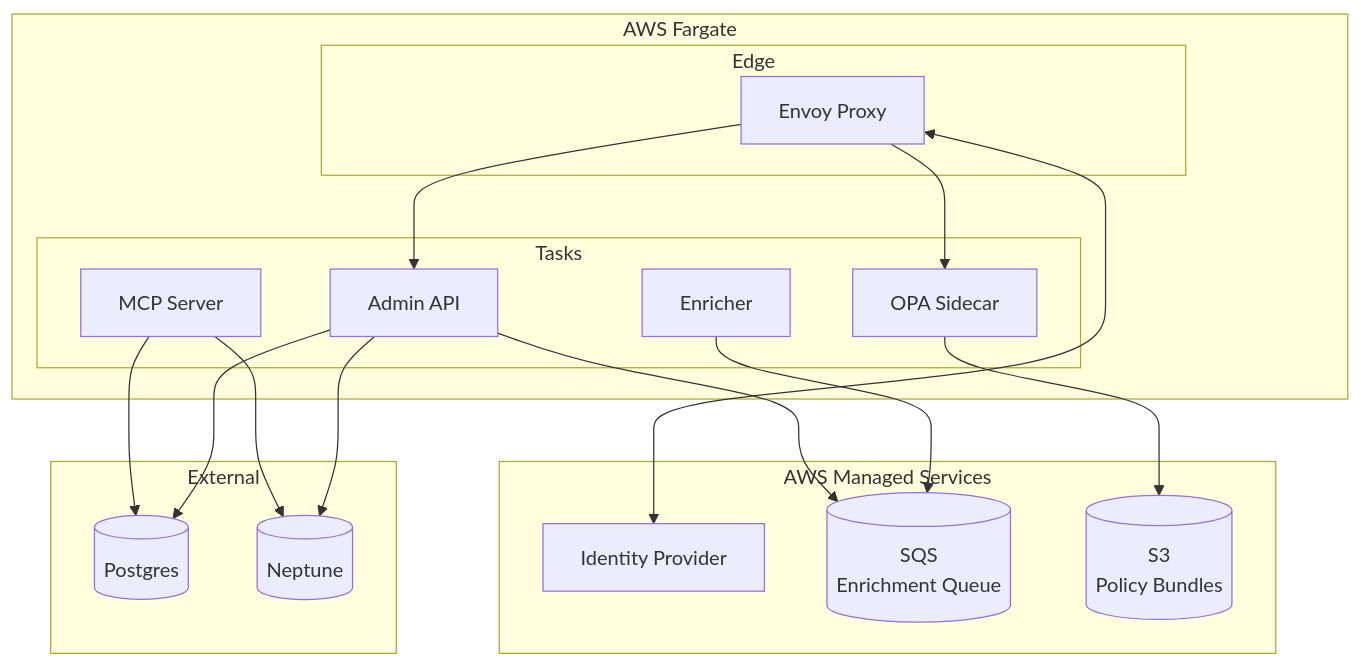
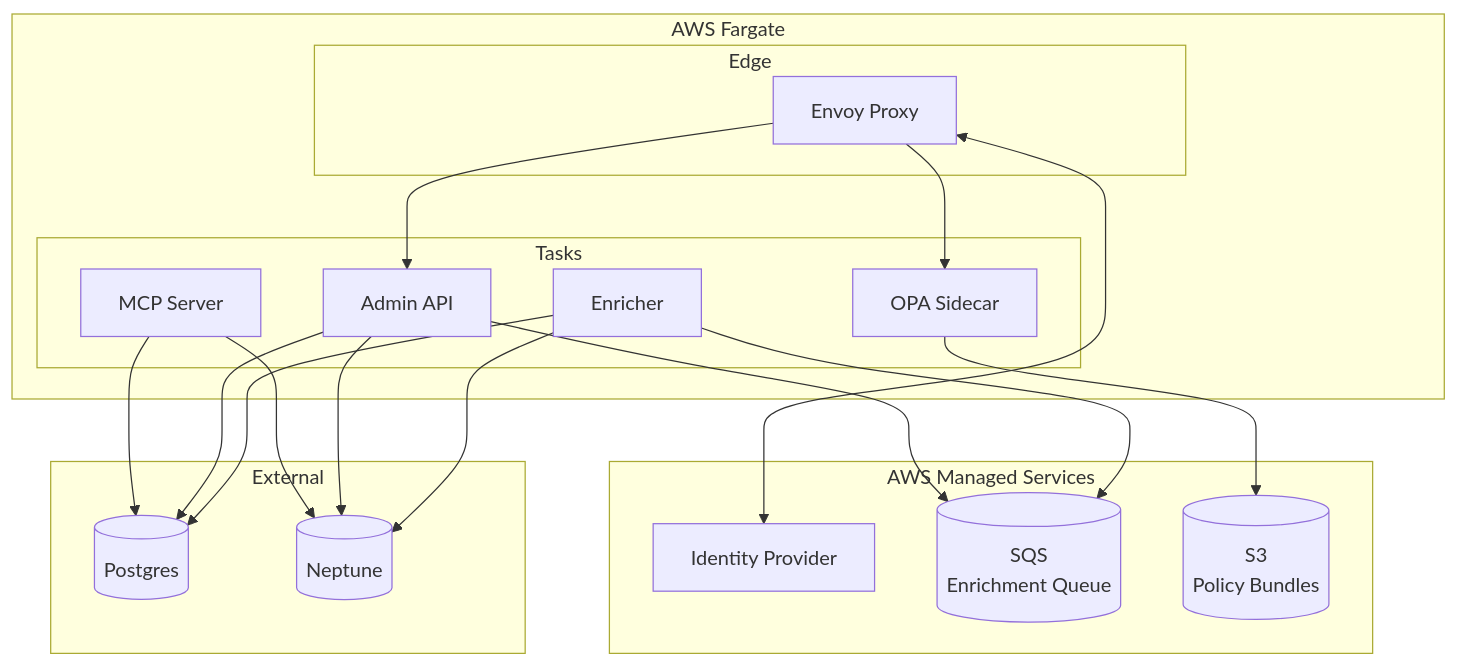
Before and after one commit to twistingmercury/mnemonic-docs: the ninth of 10 diagrams in docs/architecture/system/01-security-architecture.md, drawn with Mermaid. The commit also changed other lines of this file and 41 other files, not shown here.

````diff
--- a/docs/architecture/system/01-security-architecture.md
+++ b/docs/architecture/system/01-security-architecture.md
@@ -487,37 +510,39 @@
 ```mermaid
 graph TB
     subgraph "AWS Fargate"
         subgraph "Edge"
             ENV[Envoy Proxy]
         end
 
         subgraph "Tasks"
             OPA[OPA Sidecar]
             MCP[MCP Server]
             API[Admin API]
             ENR[Enricher]
         end
     end
 
     subgraph "AWS Managed Services"
         IDP[Identity Provider]
         SQS[(SQS<br/>Enrichment Queue)]
         S3[(S3<br/>Policy Bundles)]
     end
 
     subgraph "External"
         PG[(Postgres)]
         NEO[(Neptune)]
     end
 
     ENV --> OPA
     ENV --> API
     OPA --> S3
     MCP --> PG
     MCP --> NEO
     API --> PG
     API --> NEO
     API --> SQS
     ENR --> SQS
+    ENR --> PG
+    ENR --> NEO
     ENV <--> IDP
 ```
````
